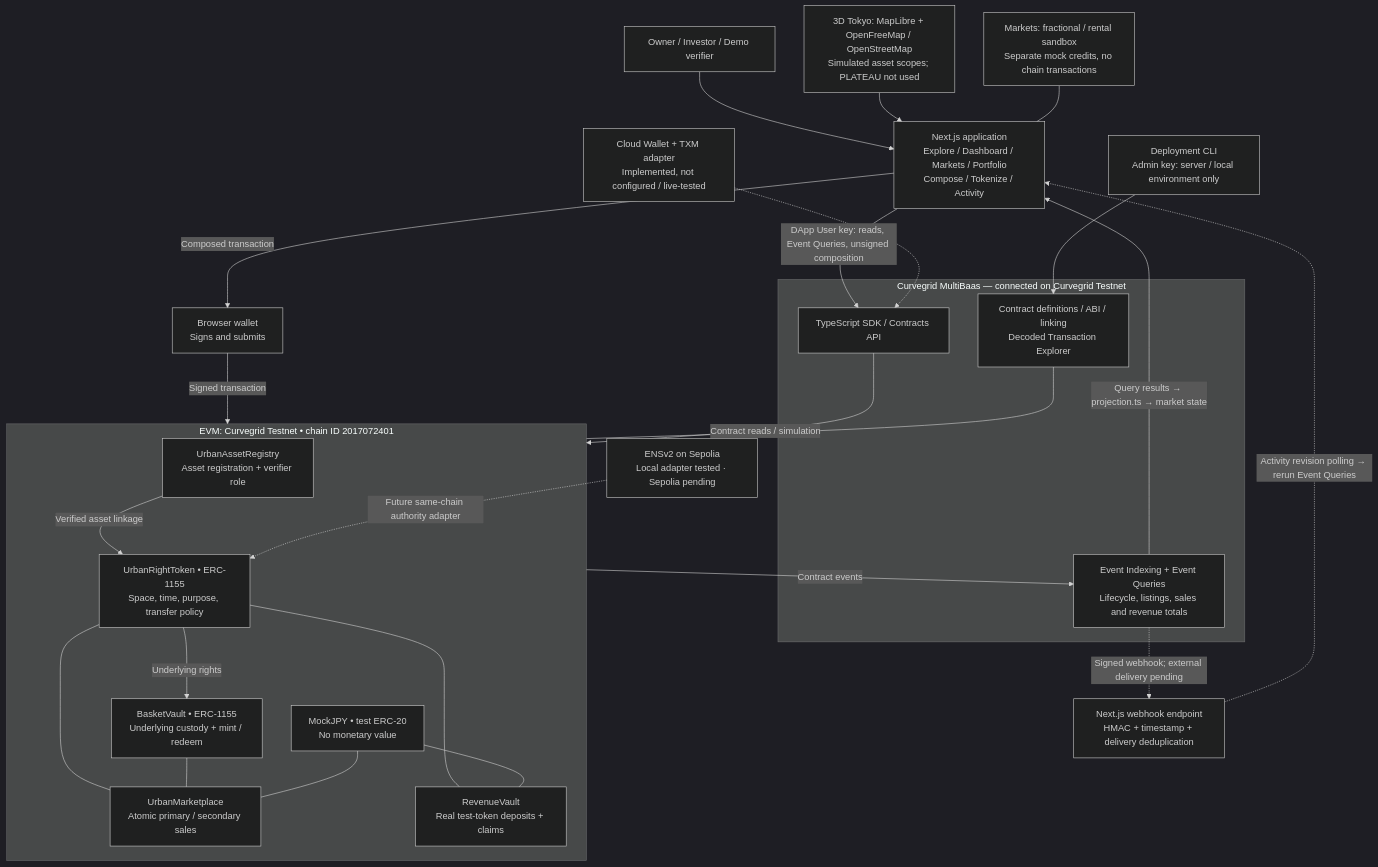
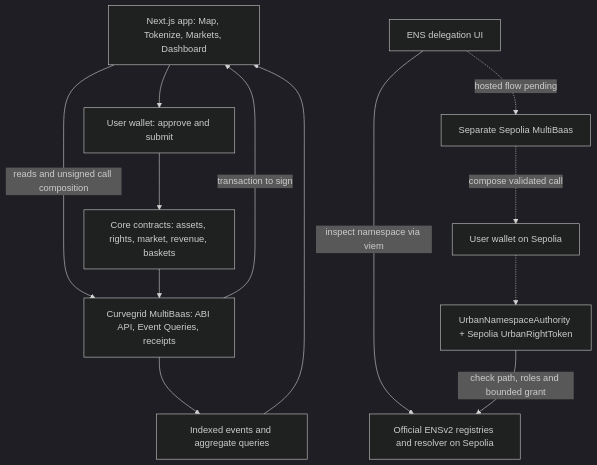
Before and after one commit to natsukingly/tokenize-tokyo: the diagram in README.md, drawn with Mermaid (dark theme). The commit also changed other lines of this file and 98 other files, not shown here.

First line of the commit message:
docs: document product flows and verified Sepolia ENS integration

````diff
--- a/README.md
+++ b/README.md
@@ -187,39 +81,23 @@
 ```mermaid
-flowchart TB
-    User["Owner / Investor / Demo verifier"] --> UI
-    Map["3D Tokyo: MapLibre + OpenFreeMap / OpenStreetMap\nSimulated asset scopes; PLATEAU not used"] --> UI
-    UI["Next.js application\nExplore / Dashboard / Markets / Portfolio\nCompose / Tokenize / Activity"]
-    UI -->|"DApp User key: reads, Event Queries, unsigned composition"| MB
-    subgraph Backend["Curvegrid MultiBaas — connected on Curvegrid Testnet"]
-        MB["TypeScript SDK / Contracts API"]
-        Index["Event Indexing + Event Queries\nLifecycle, listings, sales and revenue totals"]
-        Management["Contract definitions / ABI / linking\nDecoded Transaction Explorer"]
-    end
-    UI -->|"Composed transaction"| Wallet["Browser wallet\nSigns and submits"]
-    Wallet -->|"Signed transaction"| Chain
-    MB -->|"Contract reads / simulation"| Chain
-    subgraph Chain["EVM: Curvegrid Testnet • chain ID 2017072401"]
-        Registry["UrbanAssetRegistry\nAsset registration + verifier role"]
-        Rights["UrbanRightToken • ERC-1155\nSpace, time, purpose, transfer policy"]
-        Market["UrbanMarketplace\nAtomic primary / secondary sales"]
-        Revenue["RevenueVault\nReal test-token deposits + claims"]
-        Basket["BasketVault • ERC-1155\nUnderlying custody + mint / redeem"]
-        Cash["MockJPY • test ERC-20\nNo monetary value"]
-        Registry -->|"Verified asset linkage"| Rights
-        Rights --- Market
-        Rights --- Revenue
-        Rights -->|"Underlying rights"| Basket
-        Basket --- Market
-        Cash --- Market
-        Cash --- Revenue
-    end
-    Chain -->|"Contract events"| Index
-    Index -->|"Query results → projection.ts → market state"| UI
-    Admin["Deployment CLI\nAdmin key: server / local environment only"] --> Management
-    Management --- Chain
-    Index -.->|"Signed webhook; external delivery pending"| Hook["Next.js webhook endpoint\nHMAC + timestamp + delivery deduplication"]
-    Hook -.->|"Activity revision polling → rerun Event Queries"| UI
-    ENS["ENSv2 on Sepolia\nLocal adapter tested · Sepolia pending"] -.->|"Future same-chain authority adapter"| Rights
-    Operator["Cloud Wallet + TXM adapter\nImplemented, not configured / live-tested"] -.-> MB
-    Lab["Markets: fractional / rental sandbox\nSeparate mock credits, no chain transactions"] --- UI
+flowchart TD
+    UI["Next.js app: Map, Tokenize, Markets, Dashboard"]
+    MB["Curvegrid MultiBaas: ABI API, Event Queries, receipts"]
+    WALLET["User wallet: approve and submit"]
+    CORE["Core contracts: assets, rights, market, revenue, baskets"]
+    EVENTS["Indexed events and aggregate queries"]
+    ENSUI["ENS delegation UI"]
+    ENS["Official ENSv2 registries and resolver on Sepolia"]
+    AUTH["UrbanNamespaceAuthority + Sepolia UrbanRightToken"]
+
+    UI -->|"reads and unsigned call composition"| MB
+    MB -->|"transaction to sign"| UI
+    UI --> WALLET
+    WALLET --> CORE
+    CORE --> MB
+    MB --> EVENTS --> UI
+    ENSUI -->|"inspect namespace via viem"| ENS
+    ENSUI -.->|"hosted flow pending"| ENSMB["Separate Sepolia MultiBaas"]
+    ENSMB -.->|"compose validated call"| ENSWALLET["User wallet on Sepolia"]
+    ENSWALLET -.-> AUTH
+    AUTH -->|"check path, roles and bounded grant"| ENS
 ```
````
